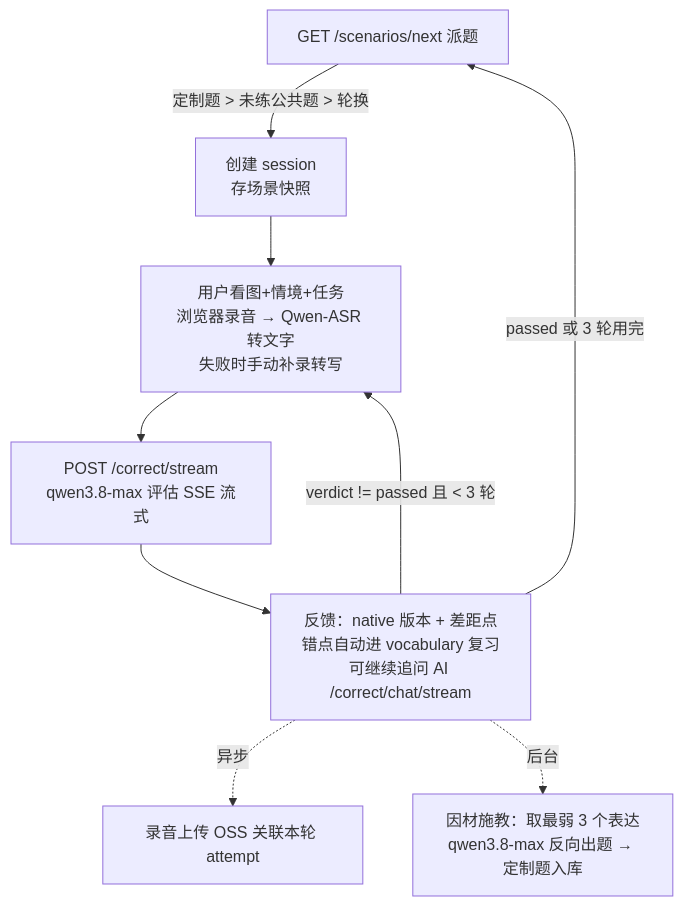
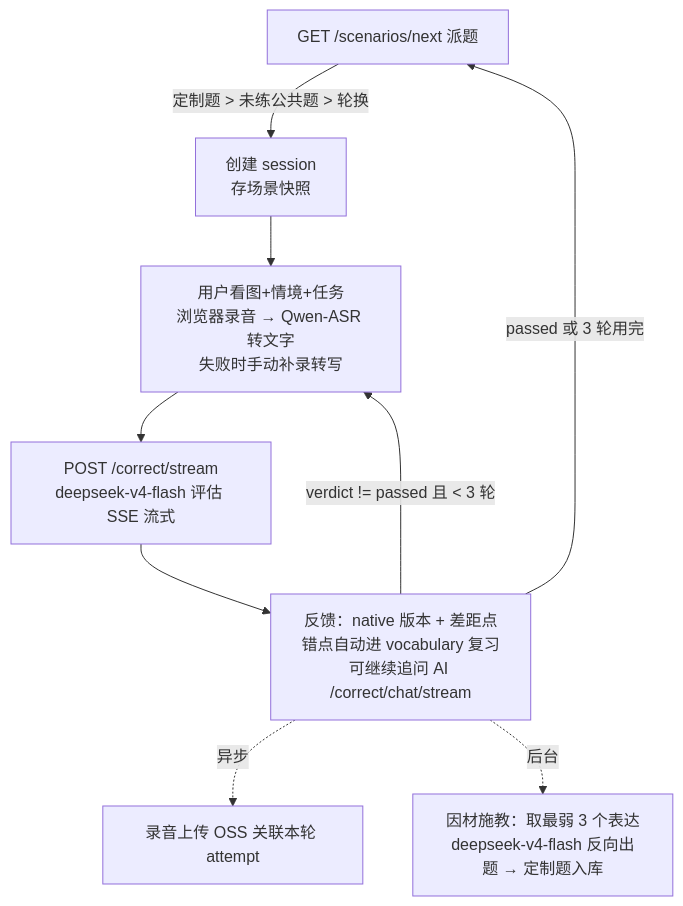
One commit to makewheels/speakup changed the diagram in docs/design/scenario-mode.md. Above: the diagram before and after it, drawn with Mermaid. The commit also changed other lines of this file and 9 other files, not shown here.

Commit message:
chore: 生产 CHAT 切到 DeepSeek 新 flash（deepseek-v4-flash，0731 重新后训练）

````diff
--- a/docs/design/scenario-mode.md
+++ b/docs/design/scenario-mode.md
@@ -7,11 +7,11 @@
 ```mermaid
 flowchart TD
     A[GET /scenarios/next 派题] -->|定制题 > 未练公共题 > 轮换| B[创建 session<br/>存场景快照]
     B --> C[用户看图+情境+任务<br/>浏览器录音 → Qwen-ASR 转文字<br/>失败时手动补录转写]
-    C --> D[POST /correct/stream<br/>qwen3.8-max 评估 SSE 流式]
+    C --> D[POST /correct/stream<br/>deepseek-v4-flash 评估 SSE 流式]
     D --> E[反馈：native 版本 + 差距点<br/>错点自动进 vocabulary 复习<br/>可继续追问 AI /correct/chat/stream]
     E -->|verdict != passed 且 < 3 轮| C
     E -->|passed 或 3 轮用完| A
     E -.异步.-> F[录音上传 OSS 关联本轮 attempt]
-    E -.后台.-> G[因材施教：取最弱 3 个表达<br/>qwen3.8-max 反向出题 → 定制题入库]
+    E -.后台.-> G[因材施教：取最弱 3 个表达<br/>deepseek-v4-flash 反向出题 → 定制题入库]
 ```
````
